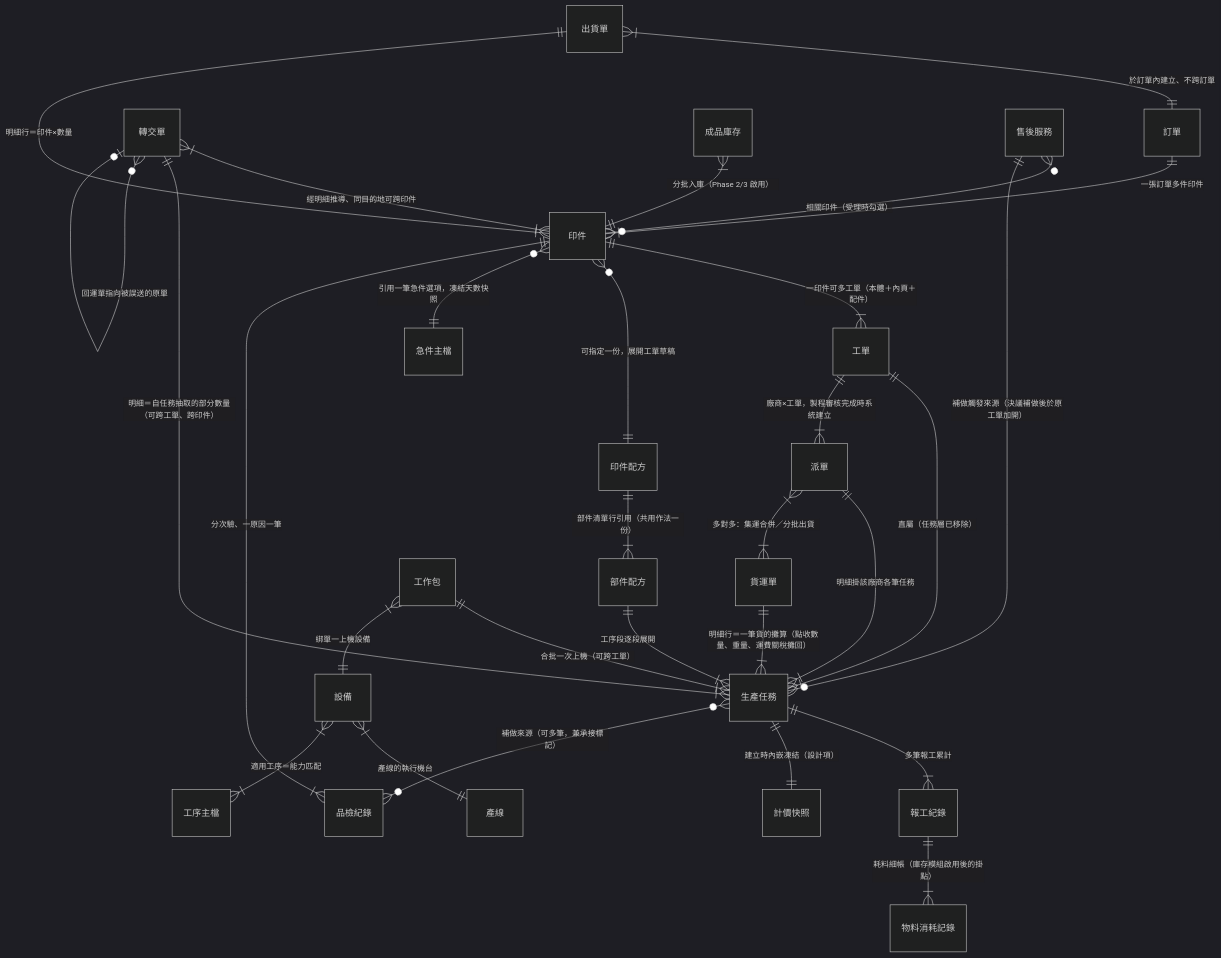
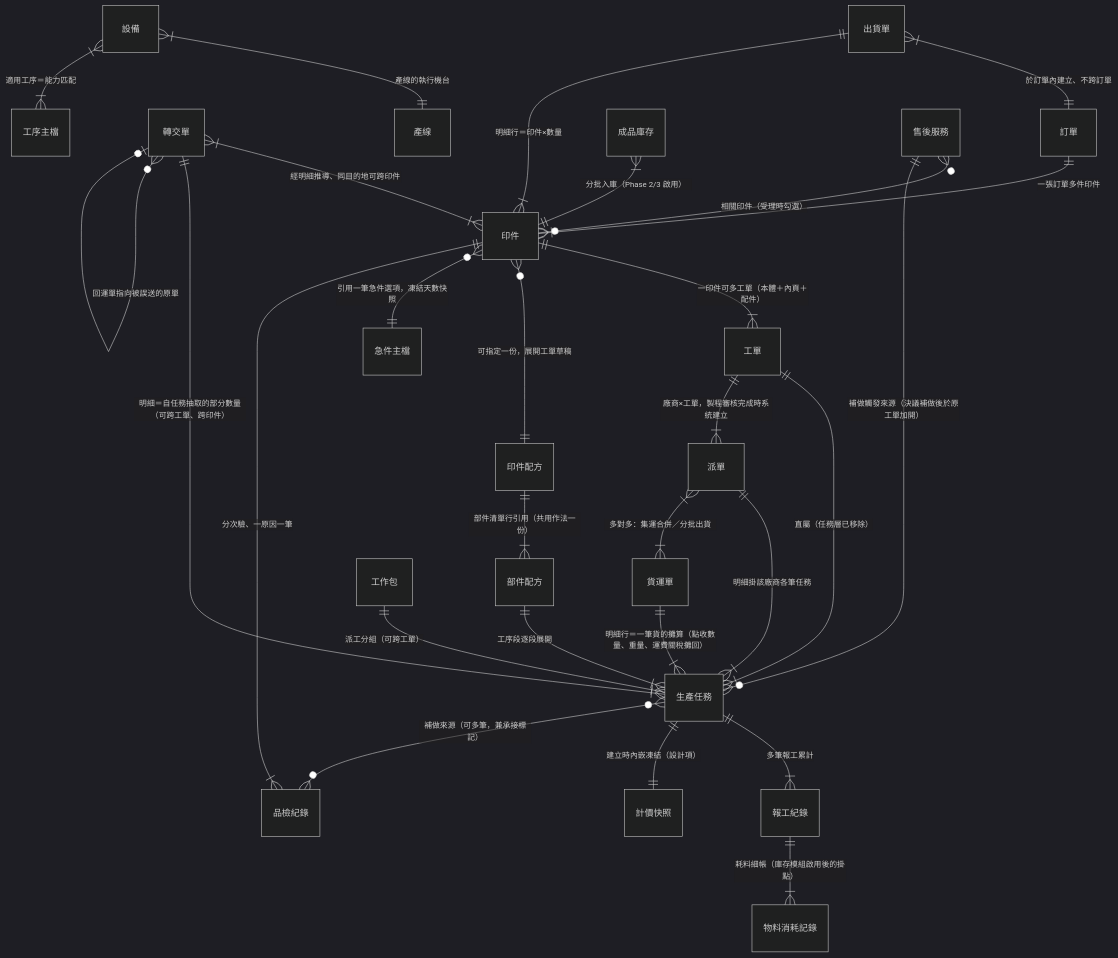
The first of 4 diagrams in memory/Sens_wiki/wiki/erp/05-entities/生產領域資料結構總覽.md (Kawato-Miles/erp-spec), drawn with Mermaid (dark theme) before and after one commit. The commit also changed other lines of this file and 18 other files, not shown here.

````diff
--- a/memory/Sens_wiki/wiki/erp/05-entities/生產領域資料結構總覽.md
+++ b/memory/Sens_wiki/wiki/erp/05-entities/生產領域資料結構總覽.md
@@ -21,31 +21,30 @@
 ```mermaid
 erDiagram
     "訂單" ||--|{ "印件" : "一張訂單多件印件"
     "印件" ||--|{ "工單" : "一印件可多工單（本體＋內頁＋配件）"
     "印件" }o--|| "印件配方" : "可指定一份，展開工單草稿"
     "印件" }o--|| "急件主檔" : "引用一筆急件選項，凍結天數快照"
     "印件配方" ||--|{ "部件配方" : "部件清單行引用（共用作法一份）"
     "部件配方" ||--|{ "生產任務" : "工序段逐段展開"
     "工單" ||--|{ "生產任務" : "直屬（任務層已移除）"
     "生產任務" ||--|{ "報工紀錄" : "多筆報工累計"
     "報工紀錄" ||--|{ "物料消耗記錄" : "耗料細帳（庫存模組啟用後的掛點）"
     "生產任務" ||--|| "計價快照" : "建立時內嵌凍結（設計項）"
     "工單" ||--|{ "派單" : "廠商×工單，製程審核完成時系統建立"
     "派單" ||--|{ "生產任務" : "明細掛該廠商各筆任務"
     "派單" }|--|{ "貨運單" : "多對多：集運合併／分批出貨"
     "貨運單" ||--|{ "生產任務" : "明細行＝一筆貨的攤算（點收數量、重量、運費關稅攤回）"
     "轉交單" }|--|{ "印件" : "經明細推導、同目的地可跨印件"
     "轉交單" ||--|{ "生產任務" : "明細＝自任務抽取的部分數量（可跨工單、跨印件）"
     "轉交單" }o--o| "轉交單" : "回運單指向被誤送的原單"
     "品檢紀錄" }|--|| "印件" : "分次驗、一原因一筆"
     "生產任務" }o--o{ "品檢紀錄" : "補做來源（可多筆，兼承接標記）"
-    "工作包" ||--|{ "生產任務" : "合批一次上機（可跨工單）"
-    "工作包" }|--|| "設備" : "綁單一上機設備"
+    "工作包" ||--|{ "生產任務" : "派工分組（可跨工單）"
     "設備" }|--|| "產線" : "產線的執行機台"
     "設備" }|--|{ "工序主檔" : "適用工序＝能力匹配"
     "出貨單" }|--|| "訂單" : "於訂單內建立、不跨訂單"
     "出貨單" ||--|{ "印件" : "明細行＝印件×數量"
     "成品庫存" }|--|| "印件" : "分批入庫（Phase 2/3 啟用）"
     "售後服務" }o--o{ "印件" : "相關印件（受理時勾選）"
     "售後服務" ||--o{ "生產任務" : "補做觸發來源（決議補做後於原工單加開）"
 ```
````
